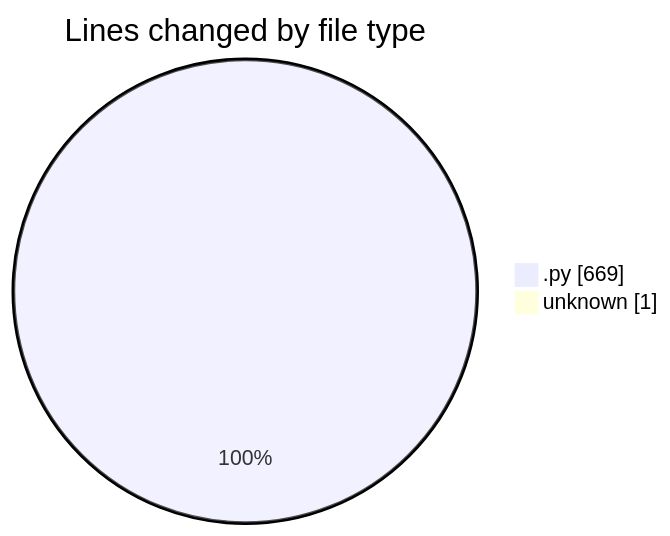
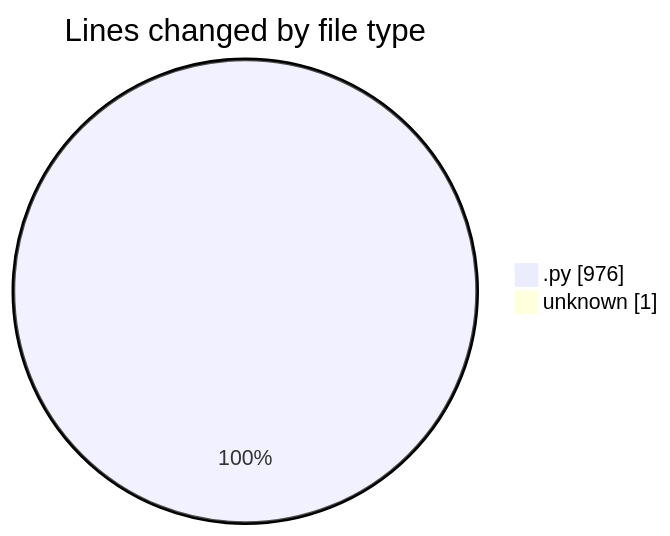
One commit to julien-gomy/code-tracking changed the first of 2 diagrams in 2025-11-22/eventscop-api-guide__workspace_/README.md. Above: the diagram before and after it, drawn with Mermaid. The commit also changed other lines of this file and 1 other file, not shown here.

````diff
--- a/2025-11-22/eventscop-api-guide__workspace_/README.md
+++ b/2025-11-22/eventscop-api-guide__workspace_/README.md
@@ -23,6 +27,6 @@
 ```mermaid
 pie showData
 title Lines changed by file type
-".py" : 669
+".py" : 976
 "unknown" : 1
 ```
````
